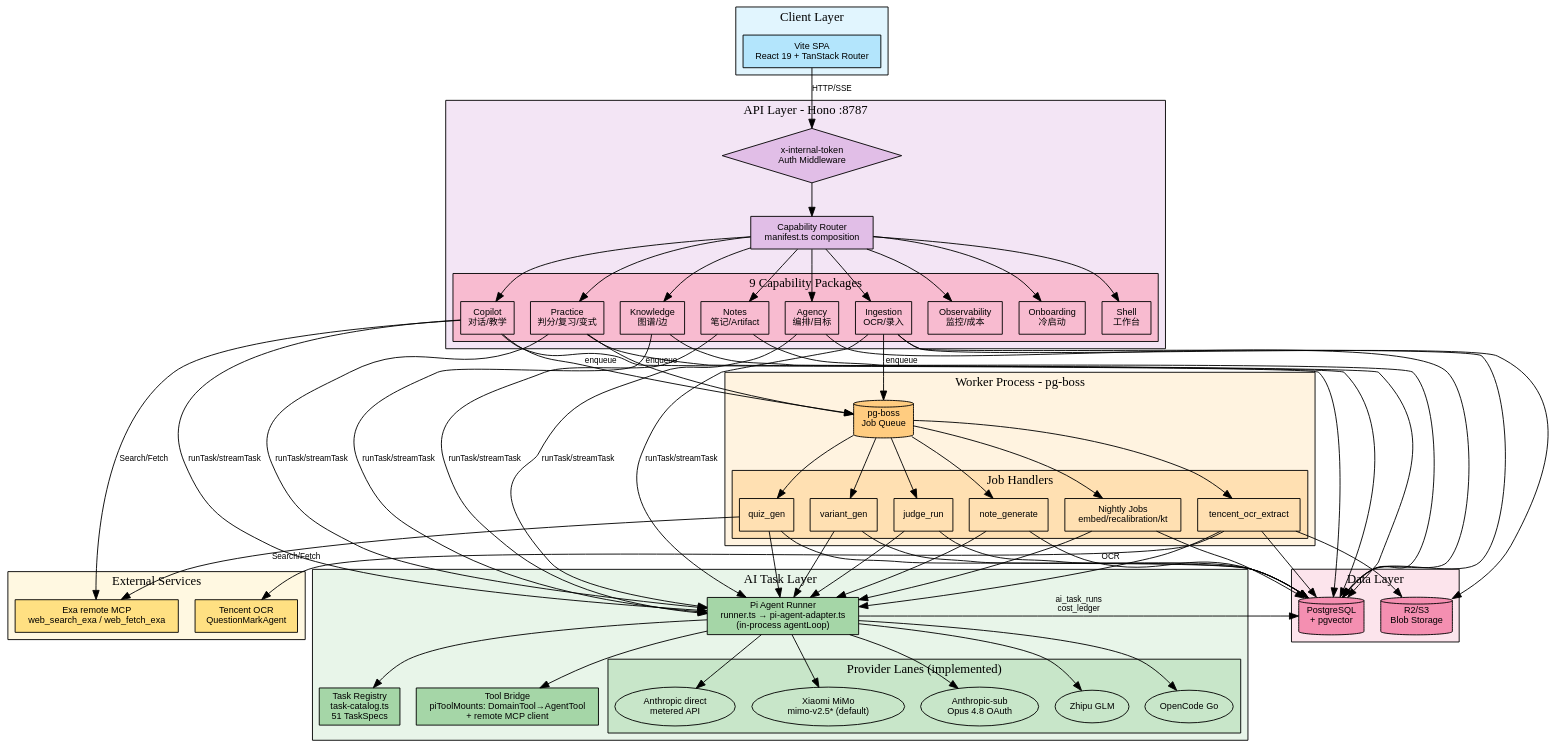
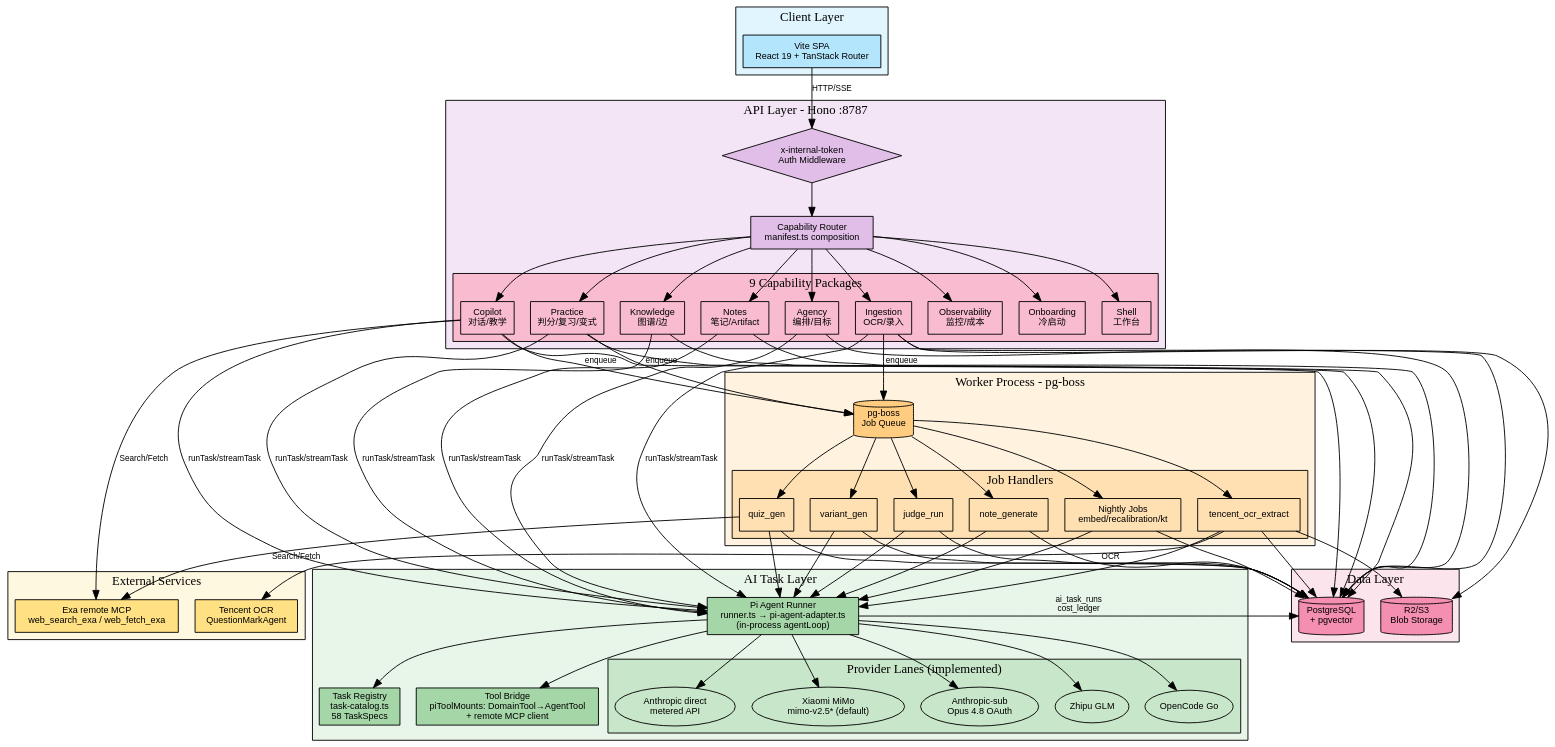
The diagram in docs/architecture/ai-pipeline.dot (Yukoval-Dakia/the-learning-project), drawn with Graphviz before and after one commit. The commit also changed 4 other files, not shown here.

```diff
--- a/docs/architecture/ai-pipeline.dot
+++ b/docs/architecture/ai-pipeline.dot
@@ -1,171 +1,171 @@
 digraph AIPipeline {
   rankdir=TB;
   bgcolor="transparent";
   node [fontname="Helvetica", fontsize=10];
   edge [fontname="Helvetica", fontsize=9];
 
   // Client Layer
   subgraph cluster_client {
     label="Client Layer";
     style=filled;
     fillcolor="#e1f5fe";
     SPA [label="Vite SPA\nReact 19 + TanStack Router", shape=box, style=filled, fillcolor="#b3e5fc"];
   }
 
   // API Layer
   subgraph cluster_api {
     label="API Layer - Hono :8787";
     style=filled;
     fillcolor="#f3e5f5";
     
     Auth [label="x-internal-token\nAuth Middleware", shape=diamond, style=filled, fillcolor="#e1bee7"];
     Router [label="Capability Router\nmanifest.ts composition", shape=box, style=filled, fillcolor="#e1bee7"];
     
     subgraph cluster_capabilities {
       label="9 Capability Packages";
       style=filled;
       fillcolor="#f8bbd0";
       Practice [label="Practice\n判分/复习/变式", shape=box];
       Copilot [label="Copilot\n对话/教学", shape=box];
       Ingestion [label="Ingestion\nOCR/录入", shape=box];
       Knowledge [label="Knowledge\n图谱/边", shape=box];
       Notes [label="Notes\n笔记/Artifact", shape=box];
       Agency [label="Agency\n编排/目标", shape=box];
       Observability [label="Observability\n监控/成本", shape=box];
       Onboarding [label="Onboarding\n冷启动", shape=box];
       Shell [label="Shell\n工作台", shape=box];
     }
   }
 
   // Worker Layer
   subgraph cluster_worker {
     label="Worker Process - pg-boss";
     style=filled;
     fillcolor="#fff3e0";
     
     Boss [label="pg-boss\nJob Queue", shape=cylinder, style=filled, fillcolor="#ffcc80"];
     
     subgraph cluster_jobs {
       label="Job Handlers";
       style=filled;
       fillcolor="#ffe0b2";
       OCR [label="tencent_ocr_extract", shape=box];
       QuizGen [label="quiz_gen", shape=box];
       VariantGen [label="variant_gen", shape=box];
       JudgeRun [label="judge_run", shape=box];
       NoteGen [label="note_generate", shape=box];
       Nightly [label="Nightly Jobs\nembed/recalibration/kt", shape=box];
     }
   }
 
   // AI Task Layer
   subgraph cluster_ai {
     label="AI Task Layer";
     style=filled;
     fillcolor="#e8f5e9";
     
     Runner [label="Pi Agent Runner\nrunner.ts → pi-agent-adapter.ts\n(in-process agentLoop)", shape=box, style=filled, fillcolor="#a5d6a7"];
-    Registry [label="Task Registry\ntask-catalog.ts\n51 TaskSpecs", shape=box, style=filled, fillcolor="#a5d6a7"];
+    Registry [label="Task Registry\ntask-catalog.ts\n58 TaskSpecs", shape=box, style=filled, fillcolor="#a5d6a7"];
     ToolBridge [label="Tool Bridge\npiToolMounts: DomainTool→AgentTool\n+ remote MCP client", shape=box, style=filled, fillcolor="#a5d6a7"];
     
     subgraph cluster_providers {
       label="Provider Lanes (implemented)";
       style=filled;
       fillcolor="#c8e6c9";
       Mimo [label="Xiaomi MiMo\nmimo-v2.5* (default)", shape=ellipse];
       AnthropicSub [label="Anthropic-sub\nOpus 4.8 OAuth", shape=ellipse];
       Zhipu [label="Zhipu GLM", shape=ellipse];
       OpenCodeGo [label="OpenCode Go", shape=ellipse];
       Anthropic [label="Anthropic direct\nmetered API", shape=ellipse];
     }
   }
 
   // Data Layer
   subgraph cluster_data {
     label="Data Layer";
     style=filled;
     fillcolor="#fce4ec";
     
     PG [label="PostgreSQL\n+ pgvector", shape=cylinder, style=filled, fillcolor="#f48fb1"];
     R2 [label="R2/S3\nBlob Storage", shape=cylinder, style=filled, fillcolor="#f48fb1"];
   }
 
   // External Services
   subgraph cluster_external {
     label="External Services";
     style=filled;
     fillcolor="#fff8e1";
     
     Tencent [label="Tencent OCR\nQuestionMarkAgent", shape=box, style=filled, fillcolor="#ffe082"];
     Exa [label="Exa remote MCP\nweb_search_exa / web_fetch_exa", shape=box, style=filled, fillcolor="#ffe082"];
   }
 
   // Connections
   SPA -> Auth [label="HTTP/SSE"];
   Auth -> Router;
   Router -> Practice;
   Router -> Copilot;
   Router -> Ingestion;
   Router -> Knowledge;
   Router -> Notes;
   Router -> Agency;
   Router -> Observability;
   Router -> Onboarding;
   Router -> Shell;
   
   Practice -> Boss [label="enqueue"];
   Copilot -> Boss [label="enqueue"];
   Ingestion -> Boss [label="enqueue"];
   
   Boss -> OCR;
   Boss -> QuizGen;
   Boss -> VariantGen;
   Boss -> JudgeRun;
   Boss -> NoteGen;
   Boss -> Nightly;
   
   Practice -> Runner [label="runTask/streamTask"];
   Copilot -> Runner [label="runTask/streamTask"];
   Ingestion -> Runner [label="runTask/streamTask"];
   Knowledge -> Runner [label="runTask/streamTask"];
   Notes -> Runner [label="runTask/streamTask"];
   Agency -> Runner [label="runTask/streamTask"];
   
   OCR -> Runner;
   QuizGen -> Runner;
   VariantGen -> Runner;
   JudgeRun -> Runner;
   NoteGen -> Runner;
   Nightly -> Runner;
   
   Runner -> Registry;
   Runner -> ToolBridge;
   Runner -> Mimo;
   Runner -> AnthropicSub;
   Runner -> Zhipu;
   Runner -> OpenCodeGo;
   Runner -> Anthropic;
   
   OCR -> Tencent [label="OCR"];
   QuizGen -> Exa [label="Search/Fetch"];
   Copilot -> Exa [label="Search/Fetch"];
   
   Practice -> PG;
   Copilot -> PG;
   Ingestion -> PG;
   Knowledge -> PG;
   Notes -> PG;
   Agency -> PG;
   
   OCR -> PG;
   QuizGen -> PG;
   VariantGen -> PG;
   JudgeRun -> PG;
   NoteGen -> PG;
   Nightly -> PG;
   
   Runner -> PG [label="ai_task_runs\ncost_ledger"];
   
   Ingestion -> R2;
   OCR -> R2;
 }
```
